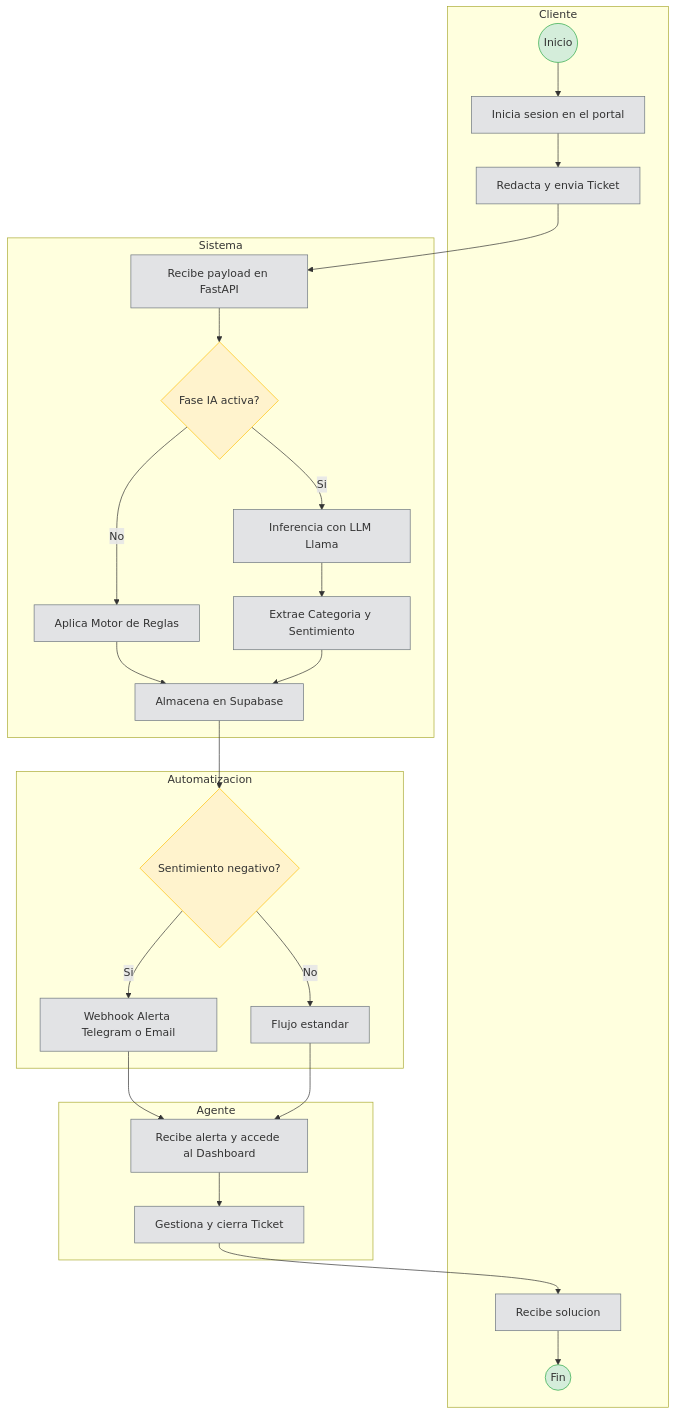
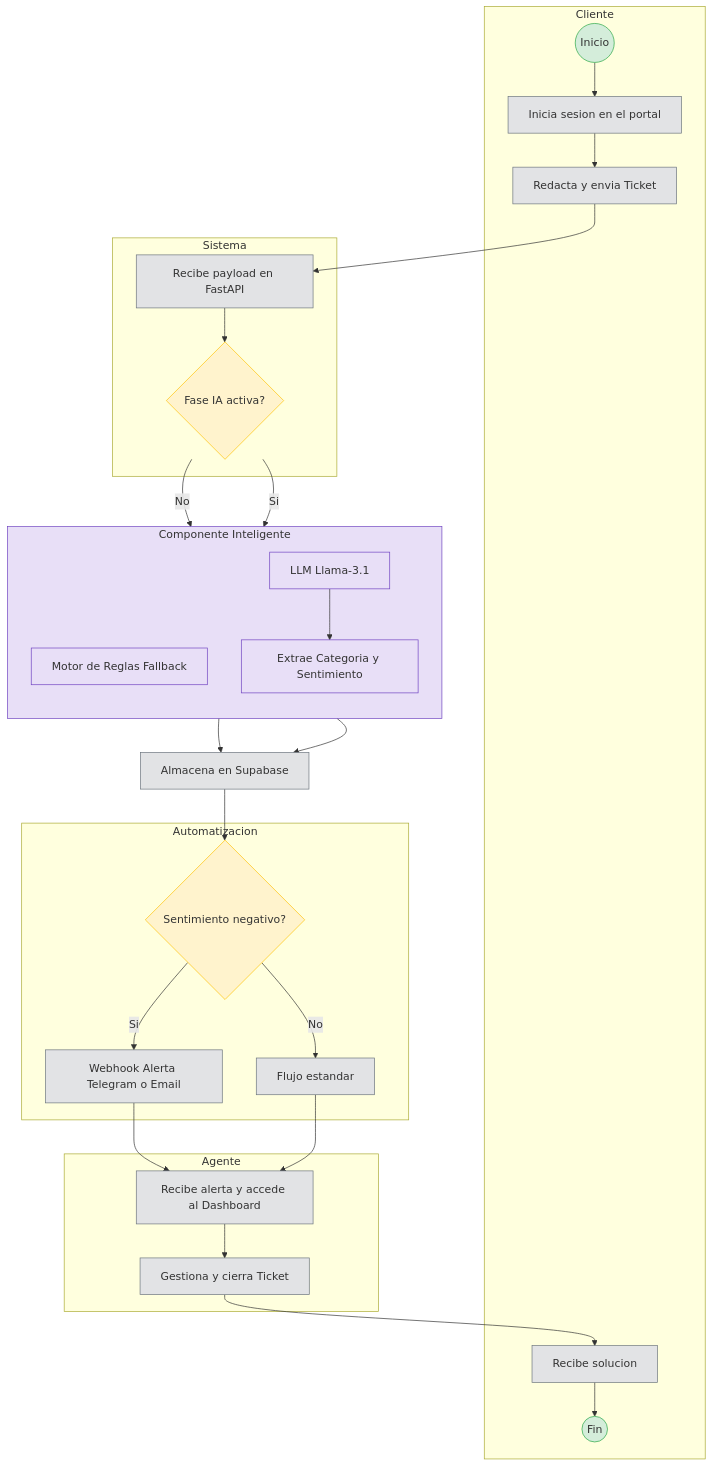
The second of 2 diagrams in docs/Entrega I/3.modelado_de_procesos.md (castanojulianunivalle/ai-copilot), drawn with Mermaid before and after one commit. The commit also changed other lines of this file, not shown here.

Commit message:
feat: enhance process flow documentation with updated IA component and classification logic

````diff
--- a/docs/Entrega I/3.modelado_de_procesos.md
+++ b/docs/Entrega I/3.modelado_de_procesos.md
@@ -43,38 +54,48 @@
 ```mermaid
 flowchart TD
     subgraph Cliente
         A((Inicio)) --> B[Inicia sesion en el portal]
         B --> C[Redacta y envia Ticket]
         O[Recibe solucion] --> P((Fin))
     end
 
     subgraph Sistema
         C --> D[Recibe payload en FastAPI]
-        D --> E{Fase IA activa?}
-        E -->|No| F[Aplica Motor de Reglas]
-        E -->|Si| G[Inferencia con LLM Llama]
-        G --> H[Extrae Categoria y Sentimiento]
-        F --> I[Almacena en Supabase]
-        H --> I
+        D --> E
     end
 
+    subgraph IA["Componente Inteligente"]
+        direction TB
+        E{Fase IA activa?}
+        E -->|No| F[Motor de Reglas Fallback]
+        E -->|Si| G[LLM Llama-3.1]
+        G --> H[Extrae Categoria y Sentimiento]
+    end
+
+    F --> I
+    H --> I[Almacena en Supabase]
+    I --> J
+
     subgraph Automatizacion
-        I --> J{Sentimiento negativo?}
+        J{Sentimiento negativo?}
         J -->|Si| K[Webhook Alerta Telegram o Email]
         J -->|No| L[Flujo estandar]
     end
 
     subgraph Agente
         K --> M[Recibe alerta y accede al Dashboard]
         L --> M
         M --> N[Gestiona y cierra Ticket]
         N --> O
     end
 
     classDef startEnd fill:#d4edda,stroke:#28a745
     classDef gateway fill:#fff3cd,stroke:#ffc107
     classDef process fill:#e2e3e5,stroke:#6c757d
+    classDef intelligent fill:#e8dff7,stroke:#6f42c1
     class A,P startEnd
     class E,J gateway
-    class B,C,D,F,G,H,I,K,L,M,N,O process
+    class B,C,D,I,K,L,M,N,O process
+    class F,G,H intelligent
+    style IA fill:#e8dff7,stroke:#6f42c1
 ```
````
